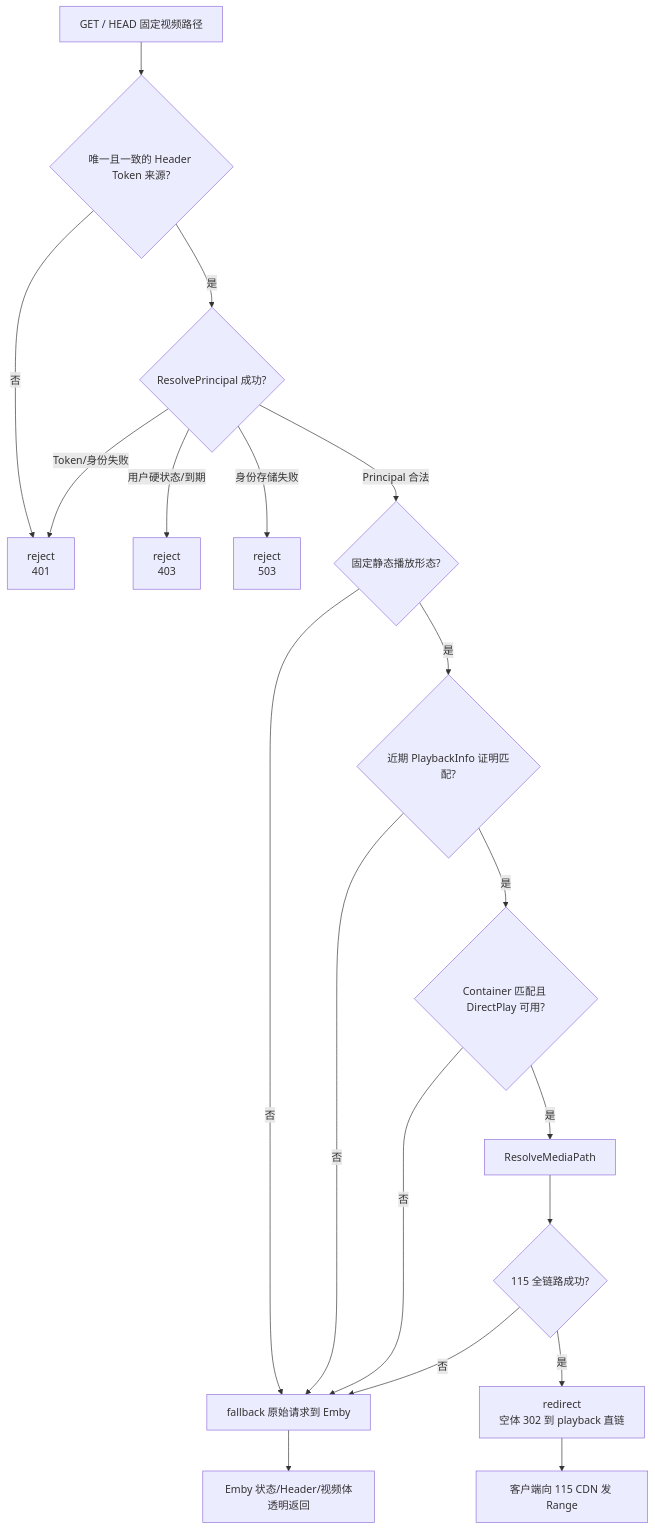
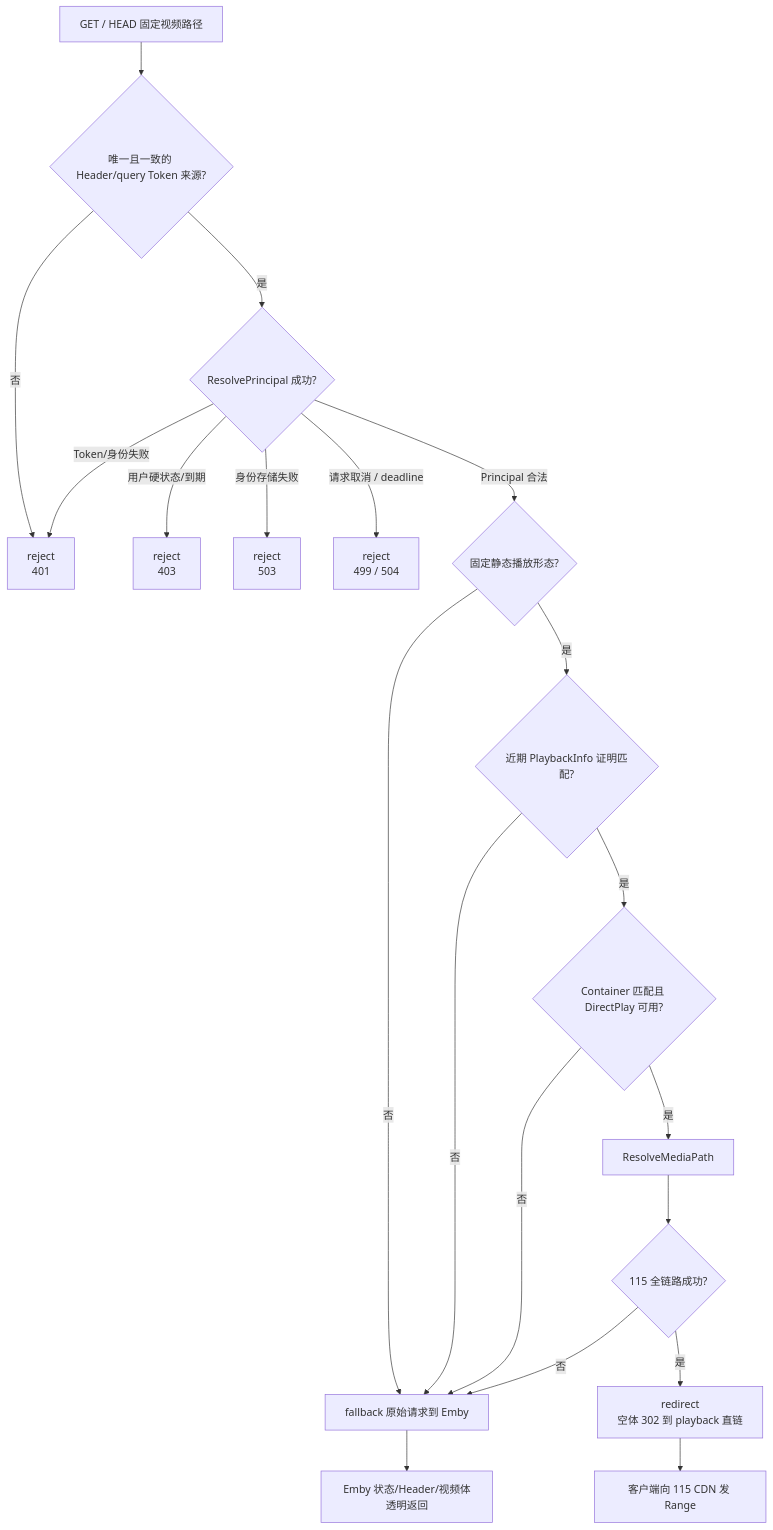
The sixth of 8 diagrams in docs/reference/p115-playback-end-to-end-flow.md (konghanghang/ember), drawn with Mermaid before and after one commit. The commit also changed other lines of this file and 17 other files, not shown here.

````diff
--- a/docs/reference/p115-playback-end-to-end-flow.md
+++ b/docs/reference/p115-playback-end-to-end-flow.md
@@ -219,21 +220,22 @@
 ```mermaid
 flowchart TD
-    A[GET / HEAD 固定视频路径] --> B{唯一且一致的 Header Token 来源?}
+    A[GET / HEAD 固定视频路径] --> B{唯一且一致的 Header/query Token 来源?}
     B -- 否 --> R[reject<br/>401]
     B -- 是 --> C{ResolvePrincipal 成功?}
     C -- Token/身份失败 --> R
     C -- 用户硬状态/到期 --> R2[reject<br/>403]
     C -- 身份存储失败 --> R3[reject<br/>503]
+    C -- 请求取消 / deadline --> R4[reject<br/>499 / 504]
     C -- Principal 合法 --> D{固定静态播放形态?}
     D -- 否 --> F[fallback 原始请求到 Emby]
     D -- 是 --> E{近期 PlaybackInfo 证明匹配?}
     E -- 否 --> F
     E -- 是 --> G{Container 匹配且 DirectPlay 可用?}
     G -- 否 --> F
     G -- 是 --> H[ResolveMediaPath]
     H --> I{115 全链路成功?}
     I -- 否 --> F
     I -- 是 --> J[redirect<br/>空体 302 到 playback 直链]
     F --> K[Emby 状态/Header/视频体透明返回]
     J --> L[客户端向 115 CDN 发 Range]
 ```
````
